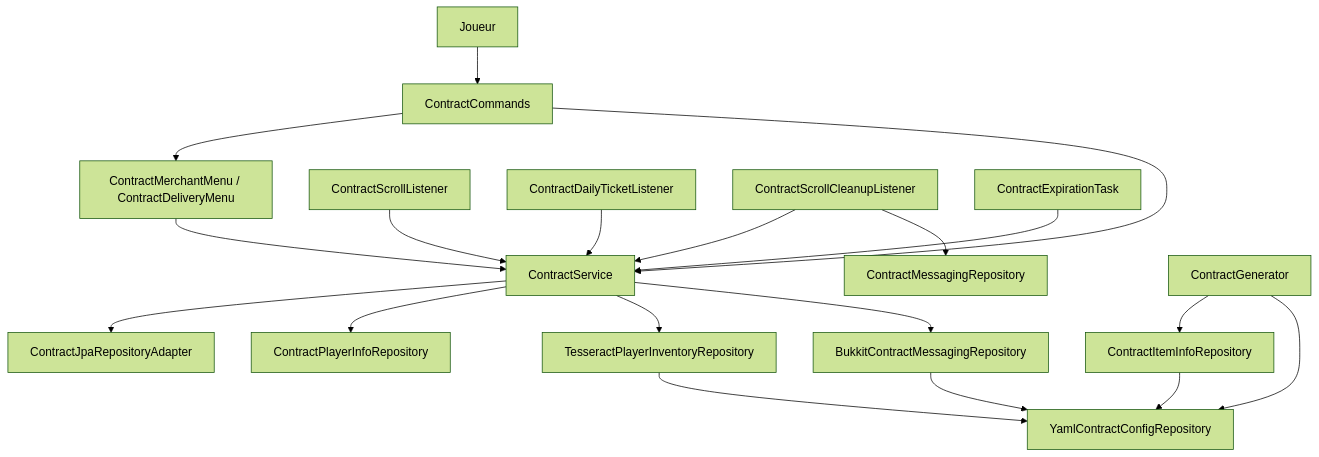
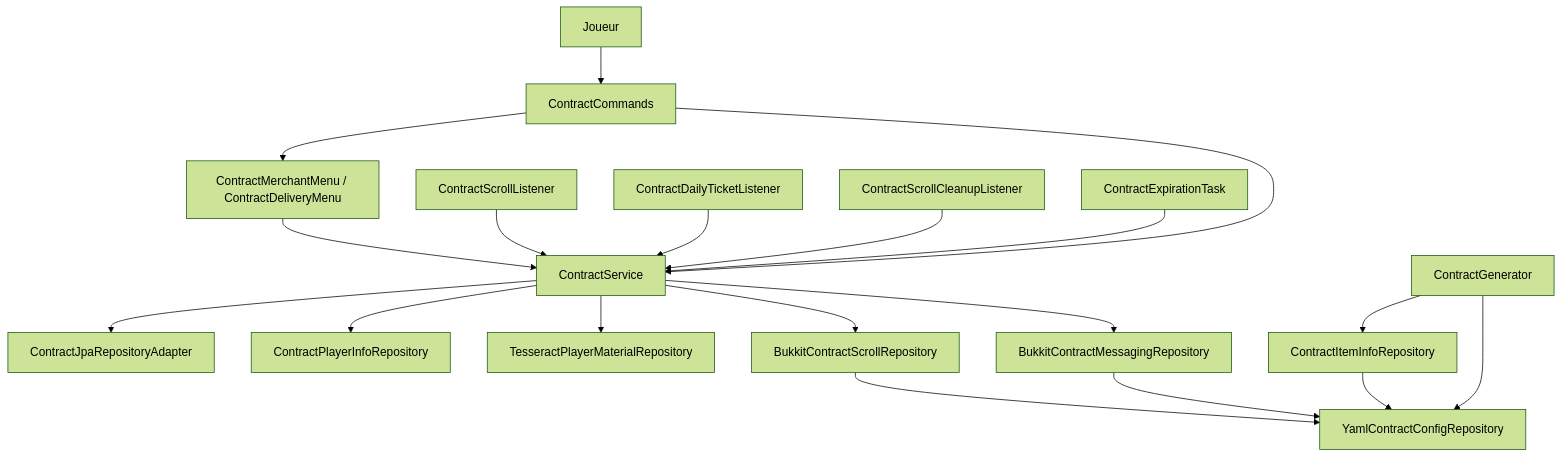
Before and after one commit to TesseractFR/TesseractSRP2: the first of 4 diagrams in contract-adapter/spec/contract-adapter-doc.md, drawn with Mermaid (forest theme). The commit also changed other lines of this file and 25 other files, not shown here.

````diff
--- a/contract-adapter/spec/contract-adapter-doc.md
+++ b/contract-adapter/spec/contract-adapter-doc.md
@@ -33,21 +34,21 @@
 ```mermaid
 flowchart TD
     JOUEUR[Joueur] --> CMD[ContractCommands]
     CMD --> MENU[ContractMerchantMenu / ContractDeliveryMenu]
     CMD --> SVC[ContractService]
     MENU --> SVC
     EV1[ContractScrollListener] --> SVC
     EV2[ContractDailyTicketListener] --> SVC
     EV3[ContractScrollCleanupListener] --> SVC
-    EV3 --> MSGP[ContractMessagingRepository]
     TASK[ContractExpirationTask] --> SVC
     SVC --> JPA[ContractJpaRepositoryAdapter]
     SVC --> PINFO[ContractPlayerInfoRepository]
-    SVC --> INV[TesseractPlayerInventoryRepository]
+    SVC --> MAT[TesseractPlayerMaterialRepository]
+    SVC --> SCR[BukkitContractScrollRepository]
     SVC --> MSG[BukkitContractMessagingRepository]
     GEN[ContractGenerator] --> IINFO[ContractItemInfoRepository]
     GEN --> CFG[YamlContractConfigRepository]
     IINFO --> CFG
-    INV --> CFG
+    SCR --> CFG
     MSG --> CFG
 ```
````
